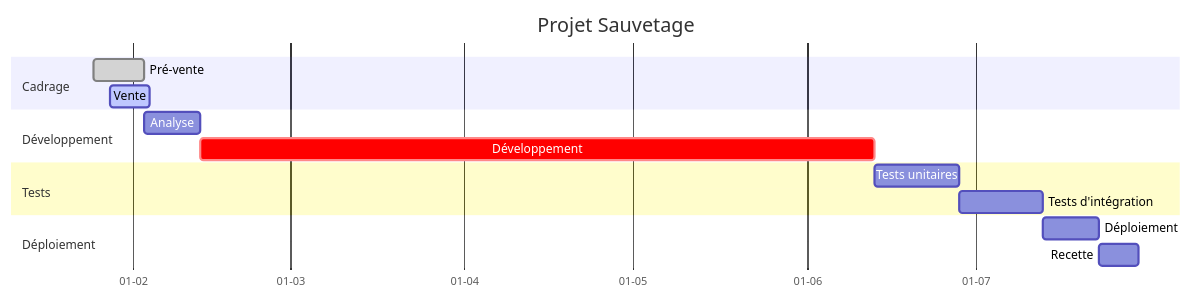
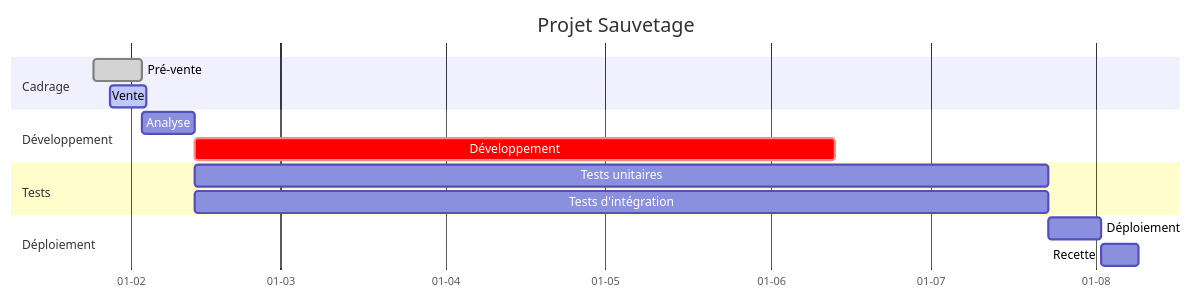
Before and after one commit to remiv1/sauvetage: the second of 2 diagrams in README.md, drawn with Mermaid. The commit also changed other lines of this file and 74 other files, not shown here.

````diff
--- a/README.md
+++ b/README.md
@@ -176,18 +184,18 @@
 ```mermaid
 gantt
     title Projet Sauvetage
     dateFormat  DD-MM-YYYY
     axisFormat  %d-%m
     section Cadrage
     Pré-vente :done, a1, 25-01-2026, 9d
     Vente :active, a21, 28-01-2026, 7d
     section Développement
     Analyse :a2, after a1, 10d
     Développement :crit, a3, after a2, 120d
     section Tests
-    Tests unitaires :a4, after a3, 15d
-    Tests d'intégration :a5, after a4, 15d
+    Tests unitaires :a4, after a2, 160d
+    Tests d'intégration :a5, after a2, 160d
     section Déploiement
     Déploiement :a6, after a5, 10d
     Recette :a7, after a6, 7d
 ```
````
